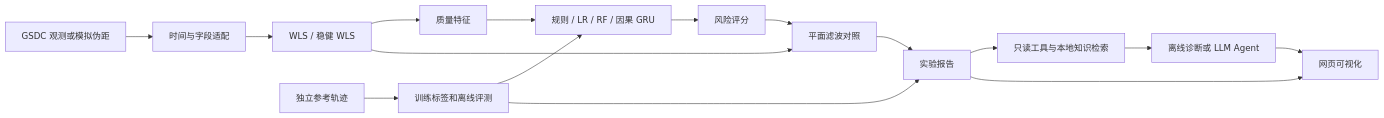
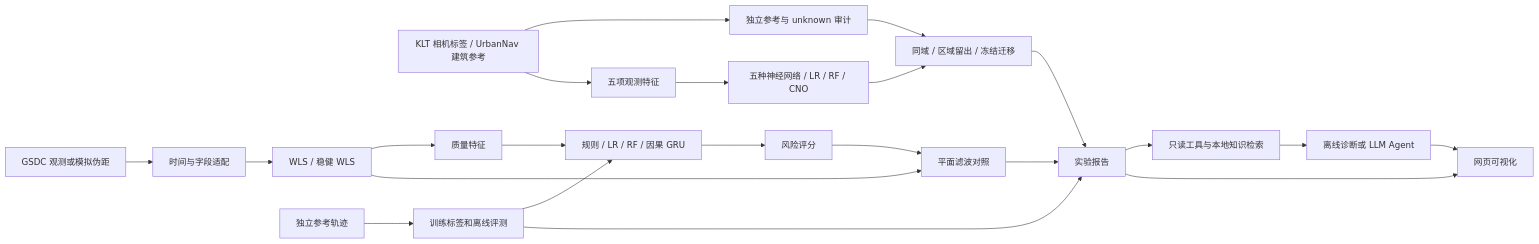
Before and after one commit to yyyx0402/navdiag: the diagram in README.md, drawn with Mermaid. The commit also changed other lines of this file and 118 other files, not shown here.

````diff
--- a/README.md
+++ b/README.md
@@ -17,18 +71,24 @@
 ```mermaid
 flowchart LR
+    N[KLT 相机标签 / UrbanNav 建筑参考] --> O[独立参考与 unknown 审计]
+    N --> P[五项观测特征]
+    P --> Q[五种神经网络 / LR / RF / CNO]
+    O --> R[同域 / 区域留出 / 冻结迁移]
+    Q --> R
+    R --> J[实验报告]
     A[GSDC 观测或模拟伪距] --> B[时间与字段适配]
     B --> C[WLS / 稳健 WLS]
     C --> D[质量特征]
     D --> E[规则 / LR / RF / 因果 GRU]
     E --> F[风险评分]
     F --> G[平面滤波对照]
     C --> G
     H[独立参考轨迹] --> I[训练标签和离线评测]
     I --> E
     I --> J[实验报告]
     G --> J
     J --> K[只读工具与本地知识检索]
     K --> L[离线诊断或 LLM Agent]
     J --> M[网页可视化]
     L --> M
 ```
````
